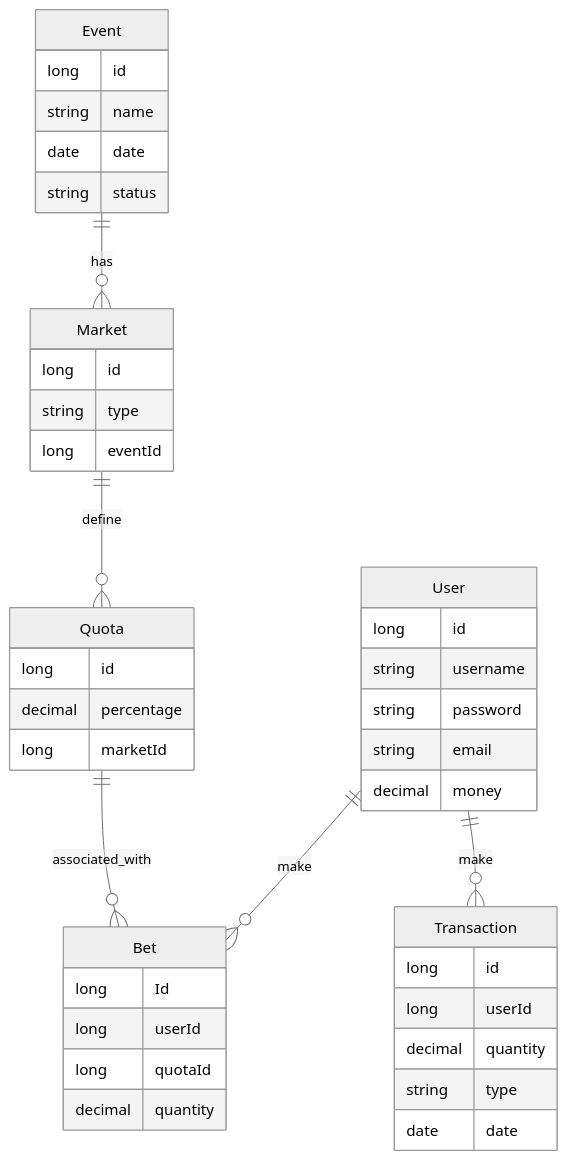
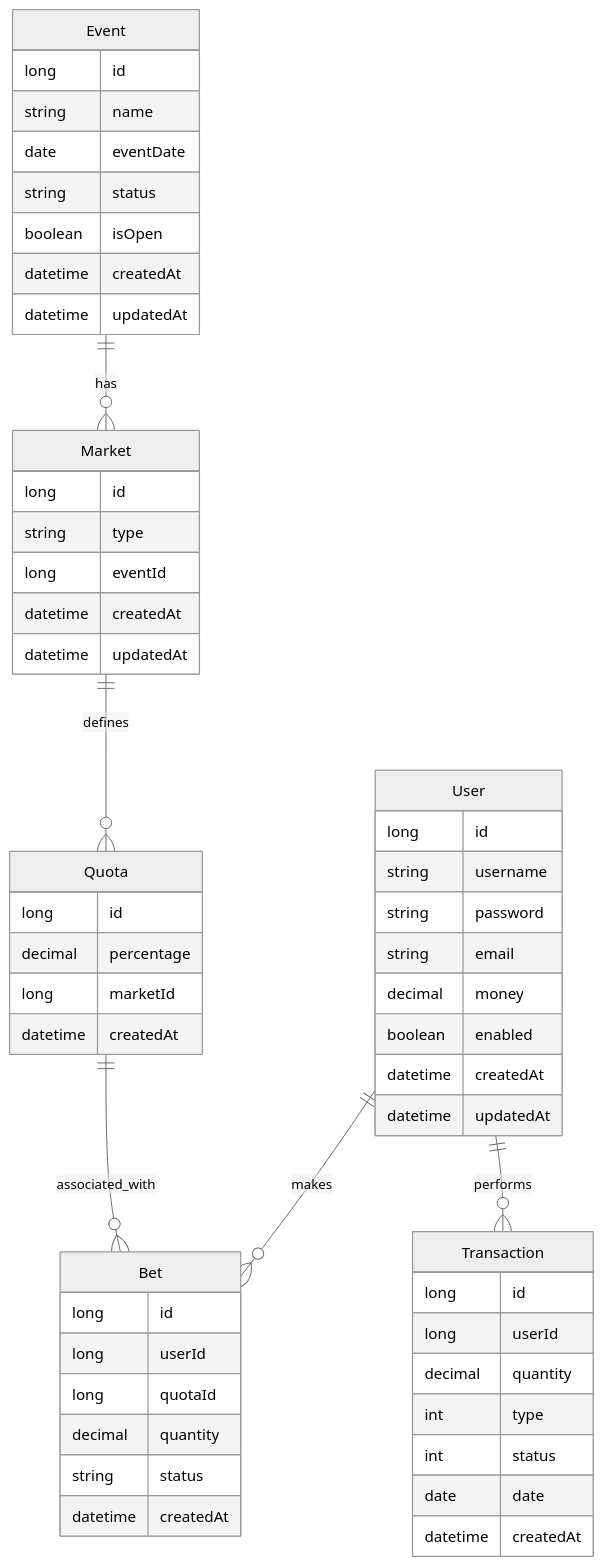
One commit to AlexanderMelian/HelloBets changed the diagram in README.md. Above: the diagram before and after it, drawn with Mermaid (neutral theme). The commit also changed other lines of this file and 17 other files, not shown here.

````diff
--- a/README.md
+++ b/README.md
@@ -5,52 +5,64 @@
 ```mermaid
 erDiagram
-    User{
+    User {
         long id
         string username
         string password
         string email
         decimal money  
+        boolean enabled
+        datetime createdAt
+        datetime updatedAt
     }
 
-    Bet{
-        long Id
+    Bet {
+        long id
         long userId
         long quotaId
         decimal quantity
+        string status
+        datetime createdAt
     }
 
-    Quota{
+    Quota {
         long id
         decimal percentage
         long marketId
+        datetime createdAt
     }
 
-    Event{
+    Event {
         long id
         string name
-        date date
+        date eventDate
         string status
+        boolean isOpen
+        datetime createdAt
+        datetime updatedAt
     }
 
-    Market{
+    Market {
         long id
         string type
         long eventId
+        datetime createdAt
+        datetime updatedAt
     }  
 
-    Transaction{
+    Transaction {
         long id
         long userId
         decimal quantity
-        string type
+        int type
+        int status
         date date
+        datetime createdAt
     }
 
-    User ||--o{ Bet : make
+    User ||--o{ Bet : makes
     Event ||--o{ Market : has
-    Market ||--o{ Quota : define
+    Market ||--o{ Quota : defines
     Quota ||--o{ Bet : associated_with
-    User ||--o{ Transaction : make
-
+    User ||--o{ Transaction : performs
 
 ```
````
